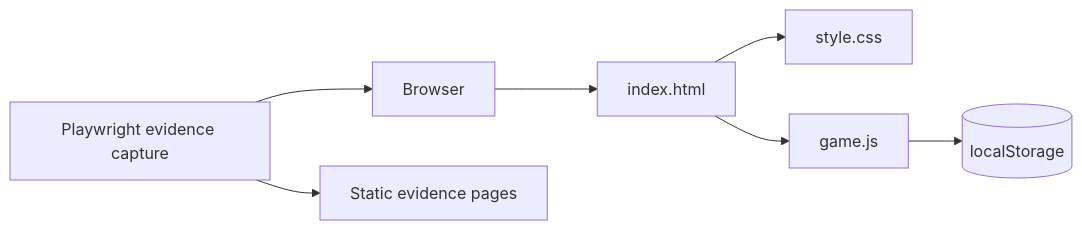
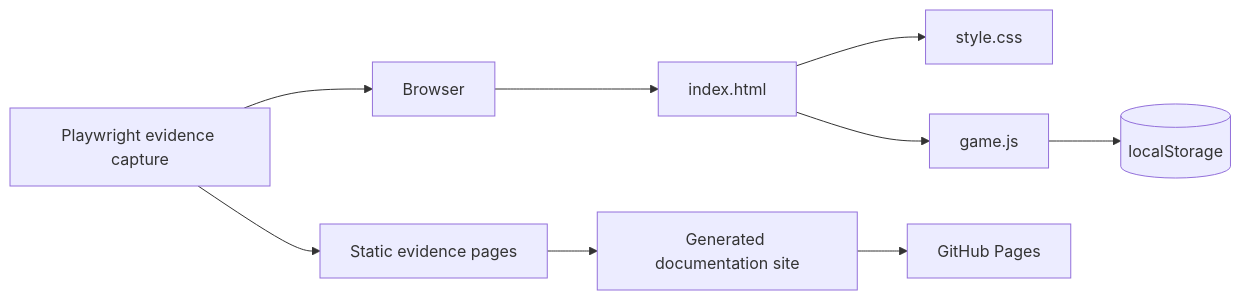
The diagram in docs/04-architecture.md (la3lma/agentic-breakout-example), drawn with Mermaid before and after one commit. The commit also changed other lines of this file and 33 other files, not shown here.

First line of the commit message:
UC-06: Publish documentation site (#12)

````diff
--- a/docs/04-architecture.md
+++ b/docs/04-architecture.md
@@ -7,17 +7,21 @@
 ```mermaid
 flowchart LR
   Browser[Browser]
   HTML[index.html]
   CSS[style.css]
   JS[game.js]
   Storage[(localStorage)]
   Evidence[Playwright evidence capture]
   Site[Static evidence pages]
+  Docs[Generated documentation site]
+  Pages[GitHub Pages]
 
   Browser --> HTML
   HTML --> CSS
   HTML --> JS
   JS --> Storage
   Evidence --> Browser
   Evidence --> Site
+  Site --> Docs
+  Docs --> Pages
 ```
````
